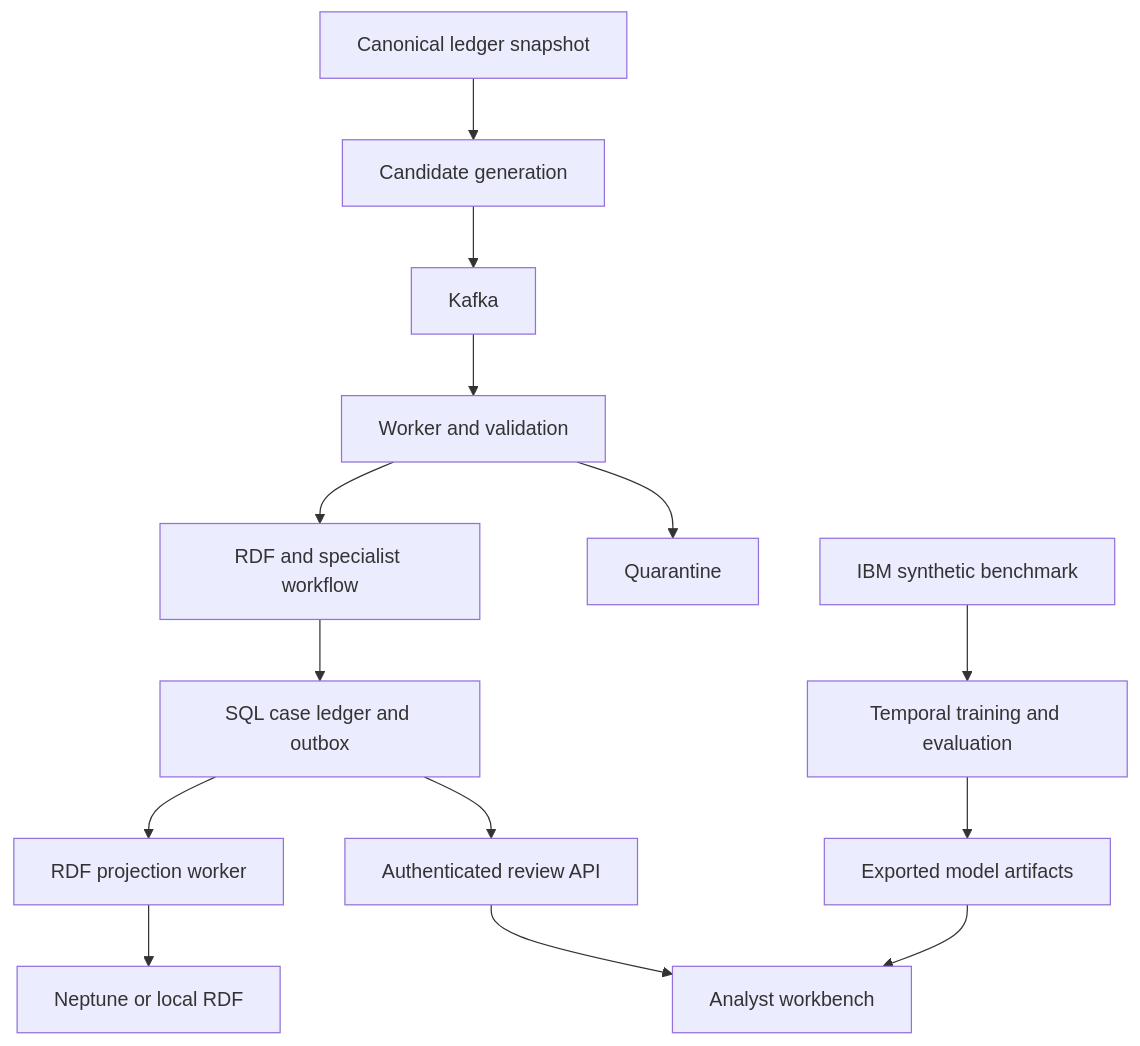
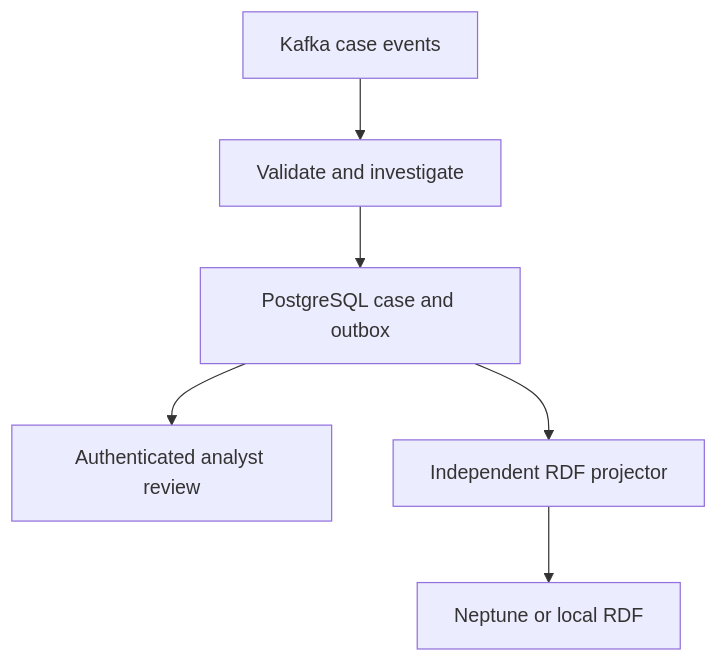
The diagram in README.md (deepak2233/fingraph-investigations), drawn with Mermaid before and after one commit. The commit also changed other lines of this file and 27 other files, not shown here.

First line of the commit message:
Isolate graph projection and explain investigation evidence

````diff
--- a/README.md
+++ b/README.md
@@ -58,16 +17,8 @@
 ```mermaid
 flowchart TD
-  S[Canonical ledger snapshot] --> C[Candidate generation]
-  C --> K[Kafka]
-  K --> W[Worker and validation]
-  W --> Q[Quarantine]
-  W --> G[RDF and specialist workflow]
-  G --> D[SQL case ledger and outbox]
-  D --> A[Authenticated review API]
-  D --> P[RDF projection worker]
-  P --> N[Neptune or local RDF]
-  A --> U[Analyst workbench]
-  B[IBM synthetic benchmark] --> T[Temporal training and evaluation]
-  T --> M[Exported model artifacts]
-  M --> U
+  K[Kafka case events] --> I[Validate and investigate]
+  I --> S[PostgreSQL case and outbox]
+  S --> R[Authenticated analyst review]
+  S --> P[Independent RDF projector]
+  P --> G[Neptune or local RDF]
 ```
````
